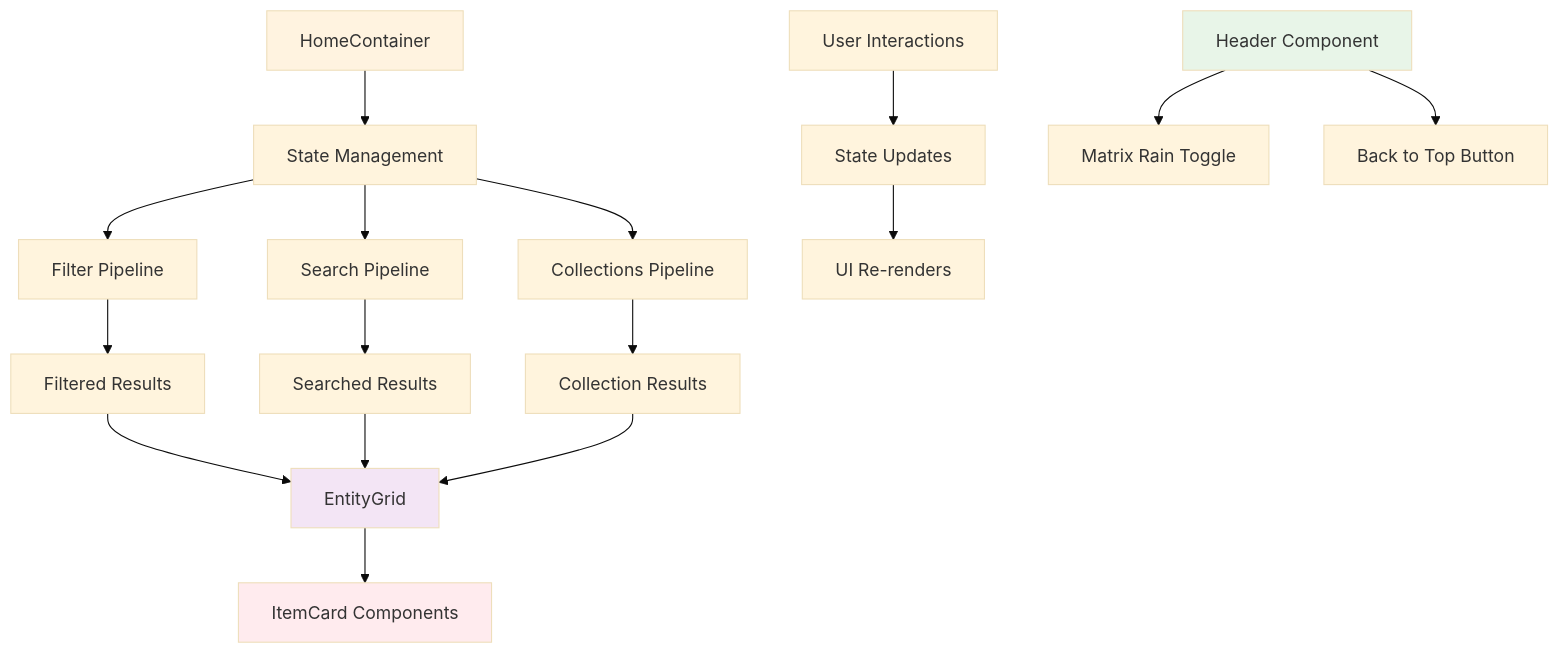
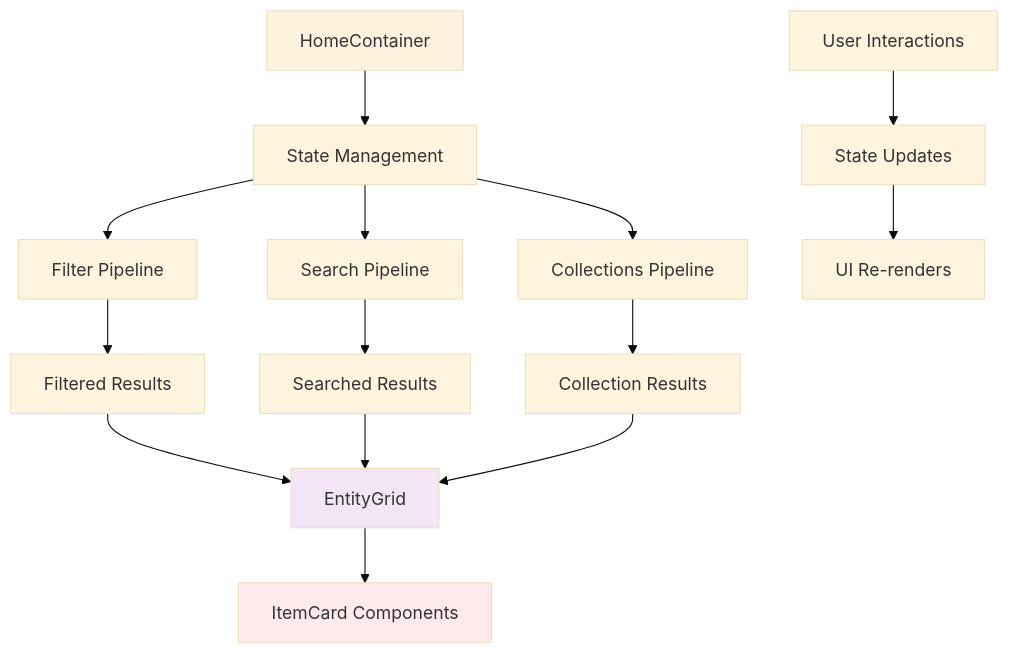
One commit to AustroMelee/Austros-ATLA-World changed the third of 3 diagrams in docs/frontend_architecture.md. Above: the diagram before and after it, drawn with Mermaid (base theme). The commit also changed other lines of this file and 165 other files, not shown here.

````diff
--- a/docs/frontend_architecture.md
+++ b/docs/frontend_architecture.md
@@ -86,28 +75,24 @@
 ```mermaid
 graph TD
     A[HomeContainer] --> B[State Management]
     B --> C[Filter Pipeline]
     B --> D[Search Pipeline]
     B --> E[Collections Pipeline]
     
     C --> F[Filtered Results]
     D --> G[Searched Results]
     E --> H[Collection Results]
     
     F --> I[EntityGrid]
     G --> I
     H --> I
     
     I --> J[ItemCard Components]
     
     K[User Interactions] --> L[State Updates]
     L --> M[UI Re-renders]
     
-    N[Header Component] --> O[Matrix Rain Toggle]
-    N --> P[Back to Top Button]
-    
     style A fill:#fff3e0
     style I fill:#f3e5f5
     style J fill:#ffebee
-    style N fill:#e8f5e8
 ```
````
